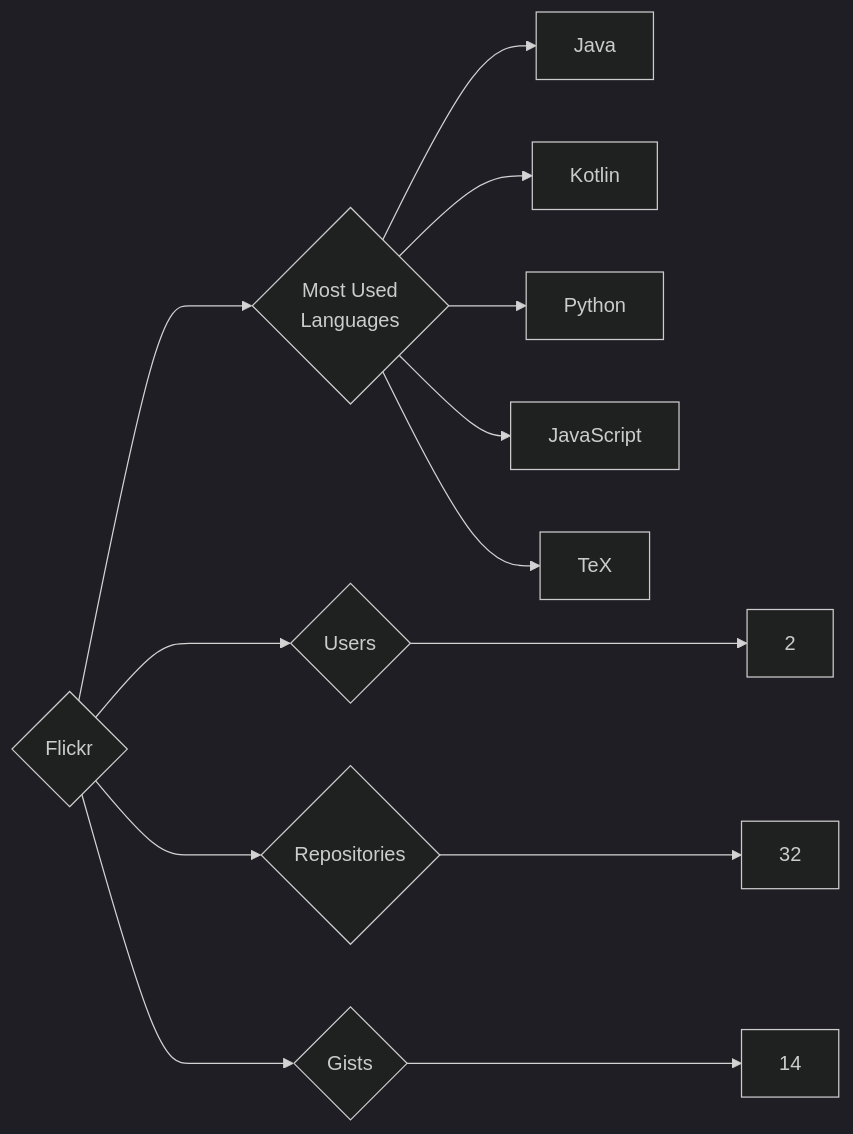
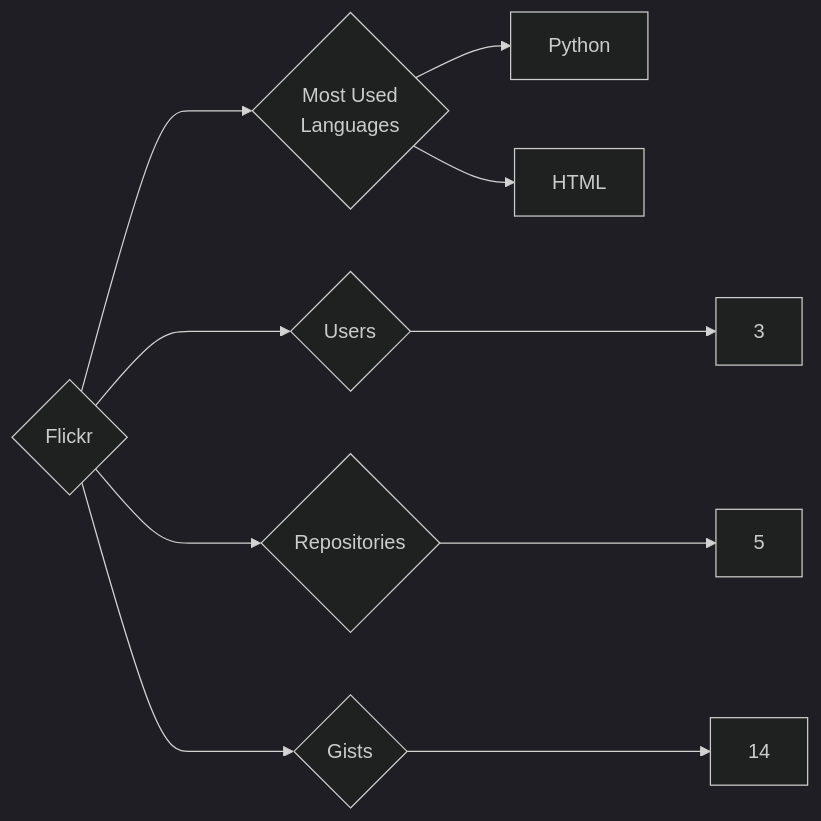
The diagram in targets/Flickr/README.md (trickest/insiders), drawn with Mermaid (dark theme) before and after one commit. The commit also changed 1092 other files, not shown here.

````diff
--- a/targets/Flickr/README.md
+++ b/targets/Flickr/README.md
@@ -3,13 +3,10 @@
 ```mermaid
 graph LR
 COMPANY_NAME{Flickr}
-COMPANY_NAME ---> U{Users} ---> UN[2]
-COMPANY_NAME ---> R{Repositories} ---> RN[32]
+COMPANY_NAME ---> U{Users} ---> UN[3]
+COMPANY_NAME ---> R{Repositories} ---> RN[5]
 COMPANY_NAME ---> G{Gists} ---> GN[14]
 COMPANY_NAME ---> ML{Most Used<br>Languages}
-ML --> Java[Java]
-ML --> Kotlin[Kotlin]
 ML --> Python[Python]
-ML --> JavaScript[JavaScript]
-ML --> TeX[TeX]
+ML --> HTML[HTML]
 ```
````
